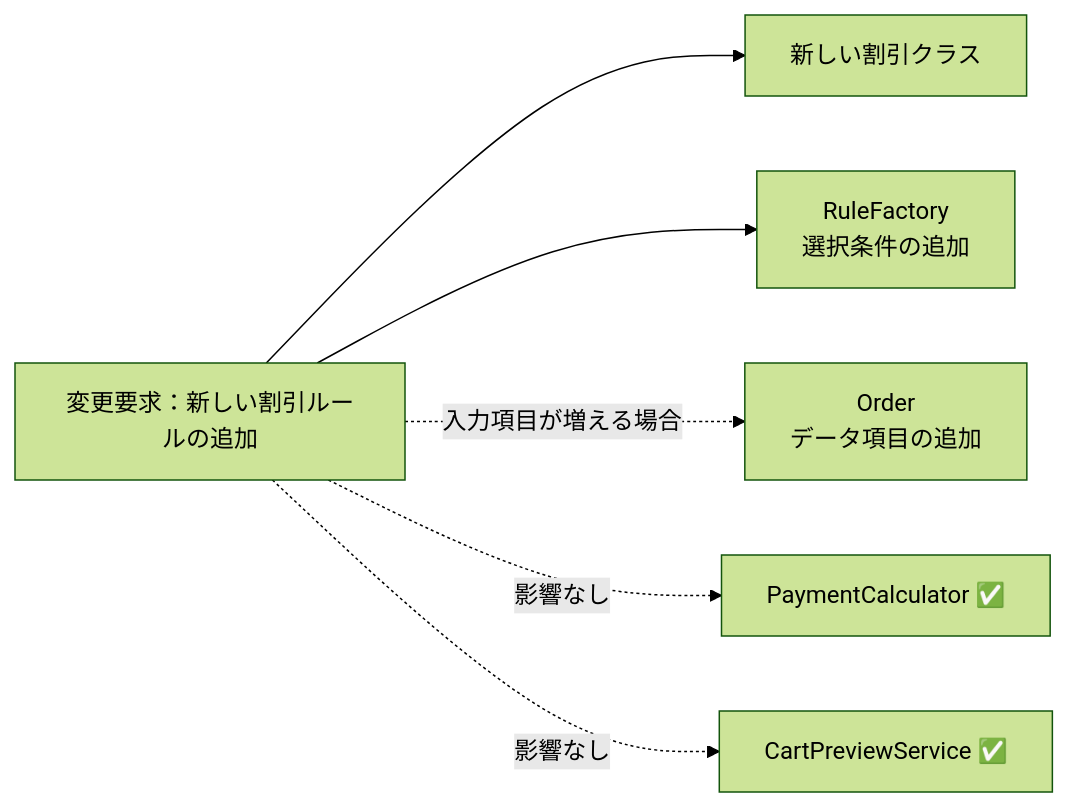
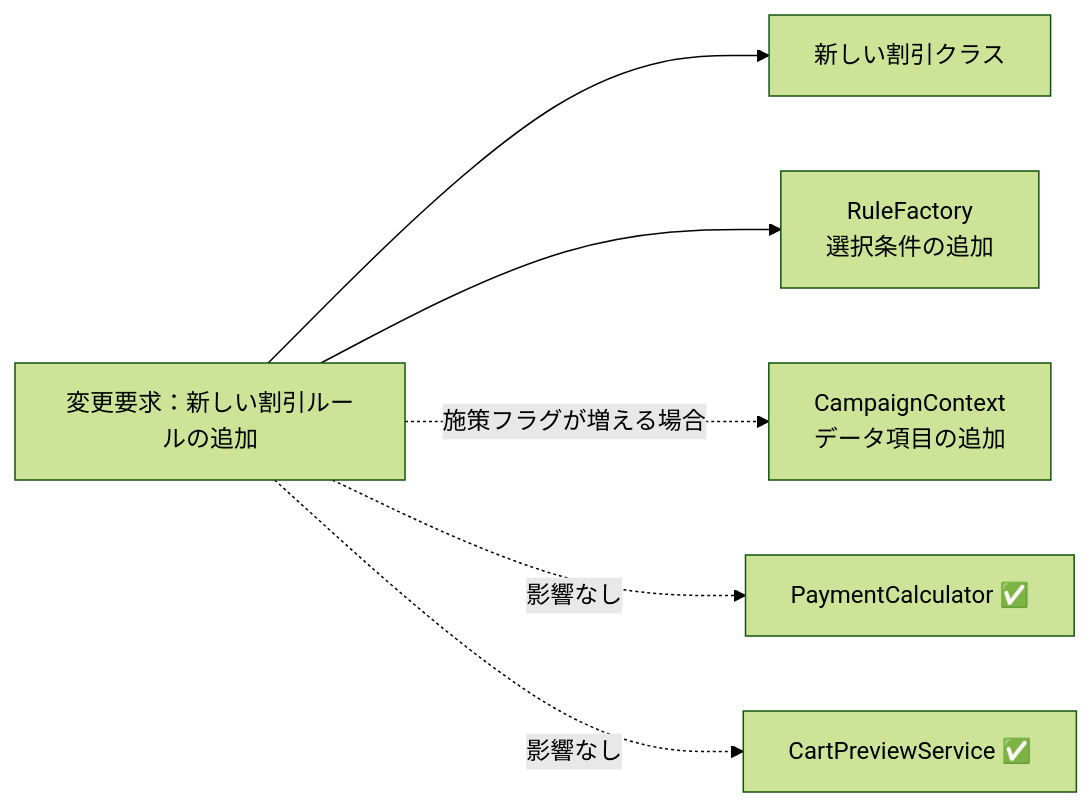
Before and after one commit to kumachan1101-pixel/DesignPattern: the fifth of 6 diagrams in kindle/design-patterns/output/chapter01.md, drawn with Mermaid (forest theme). The commit also changed other lines of this file and 3 other files, not shown here.

````diff
--- a/kindle/design-patterns/output/chapter01.md
+++ b/kindle/design-patterns/output/chapter01.md
@@ -1239,8 +1285,8 @@
 ```mermaid
 graph LR
     T1["変更要求：新しい割引ルールの追加"] --> F1["新しい割引クラス"]
     T1 --> F2["RuleFactory<br>選択条件の追加"]
-    T1 -. "入力項目が増える場合" .-> F3["Order<br>データ項目の追加"]
+    T1 -. "施策フラグが増える場合" .-> F3["CampaignContext<br>データ項目の追加"]
     T1 -. "影響なし" .-> A["PaymentCalculator ✅"]
     T1 -. "影響なし" .-> B["CartPreviewService ✅"]
 ```
````
